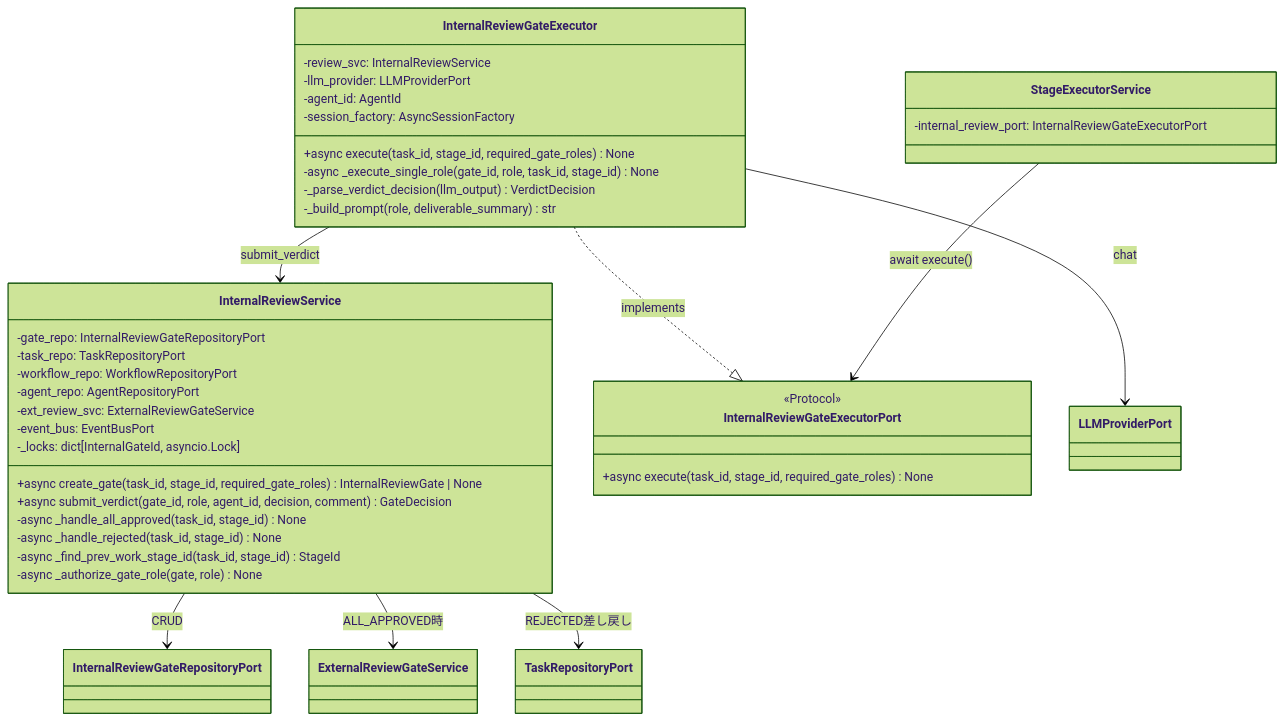
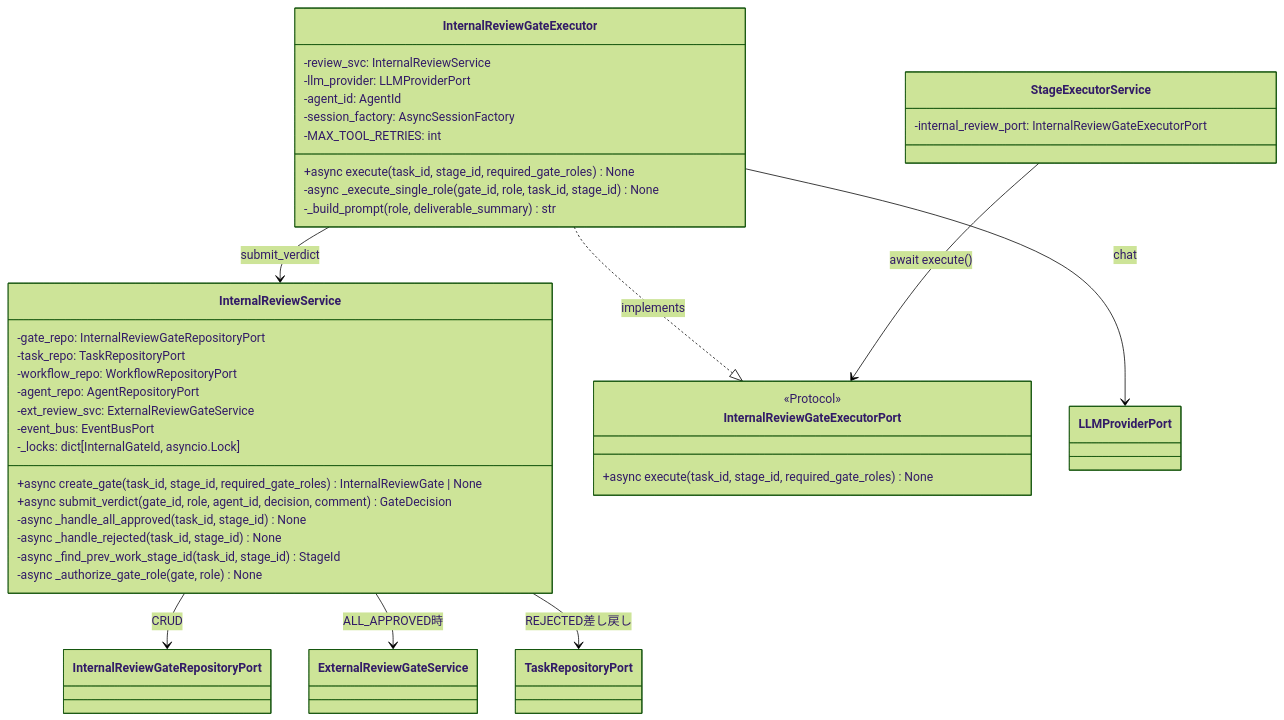
Before and after one commit to bakufu-dev/bakufu: the first of 2 diagrams in docs/features/internal-review-gate/application/basic-design.md, drawn with Mermaid (forest theme). The commit also changed other lines of this file and 1 other file, not shown here.

````diff
--- a/docs/features/internal-review-gate/application/basic-design.md
+++ b/docs/features/internal-review-gate/application/basic-design.md
@@ -88,43 +88,43 @@
 ```mermaid
 classDiagram
     class InternalReviewService {
         -gate_repo: InternalReviewGateRepositoryPort
         -task_repo: TaskRepositoryPort
         -workflow_repo: WorkflowRepositoryPort
         -agent_repo: AgentRepositoryPort
         -ext_review_svc: ExternalReviewGateService
         -event_bus: EventBusPort
         -_locks: dict[InternalGateId, asyncio.Lock]
         +async create_gate(task_id, stage_id, required_gate_roles) InternalReviewGate | None
         +async submit_verdict(gate_id, role, agent_id, decision, comment) GateDecision
         -async _handle_all_approved(task_id, stage_id) None
         -async _handle_rejected(task_id, stage_id) None
         -async _find_prev_work_stage_id(task_id, stage_id) StageId
         -async _authorize_gate_role(gate, role) None
     }
     class InternalReviewGateExecutor {
         -review_svc: InternalReviewService
         -llm_provider: LLMProviderPort
         -agent_id: AgentId
         -session_factory: AsyncSessionFactory
+        -MAX_TOOL_RETRIES: int
         +async execute(task_id, stage_id, required_gate_roles) None
         -async _execute_single_role(gate_id, role, task_id, stage_id) None
-        -_parse_verdict_decision(llm_output) VerdictDecision
         -_build_prompt(role, deliverable_summary) str
     }
     class InternalReviewGateExecutorPort {
         <<Protocol>>
         +async execute(task_id, stage_id, required_gate_roles) None
     }
     class StageExecutorService {
         -internal_review_port: InternalReviewGateExecutorPort
     }
 
     InternalReviewGateExecutor ..|> InternalReviewGateExecutorPort : implements
     InternalReviewGateExecutor --> InternalReviewService : submit_verdict
     InternalReviewGateExecutor --> LLMProviderPort : chat
     InternalReviewService --> InternalReviewGateRepositoryPort : CRUD
     InternalReviewService --> ExternalReviewGateService : ALL_APPROVED時
     InternalReviewService --> TaskRepositoryPort : REJECTED差し戻し
     StageExecutorService --> InternalReviewGateExecutorPort : await execute()
 ```
````
